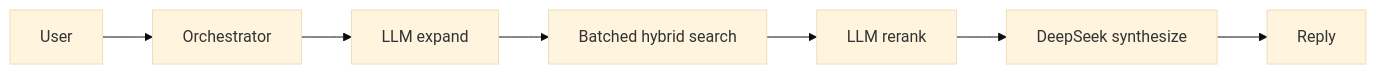
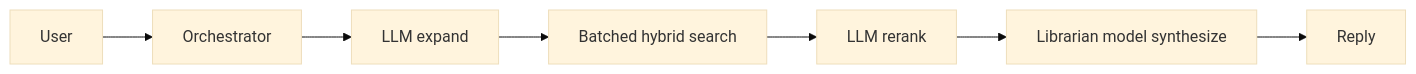
The diagram in docs/telegram-vault-agent.md (ethan-frost-xyz/founders-notes), drawn with Mermaid (base theme) before and after one commit. The commit also changed other lines of this file and 23 other files, not shown here.

````diff
--- a/docs/telegram-vault-agent.md
+++ b/docs/telegram-vault-agent.md
@@ -31,9 +31,9 @@
 ```mermaid
 flowchart LR
   User --> Orchestrator
   Orchestrator --> Expand[LLM expand]
   Expand --> Search[Batched hybrid search]
   Search --> Rerank[LLM rerank]
-  Rerank --> Synth[DeepSeek synthesize]
+  Rerank --> Synth[Librarian model synthesize]
   Synth --> Reply
 ```
````
